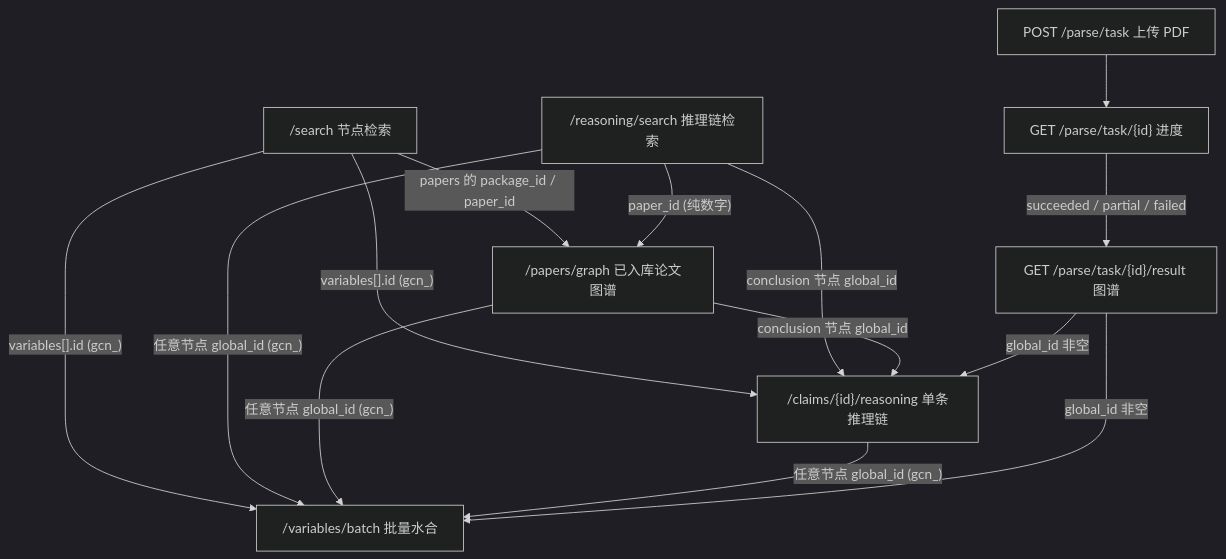
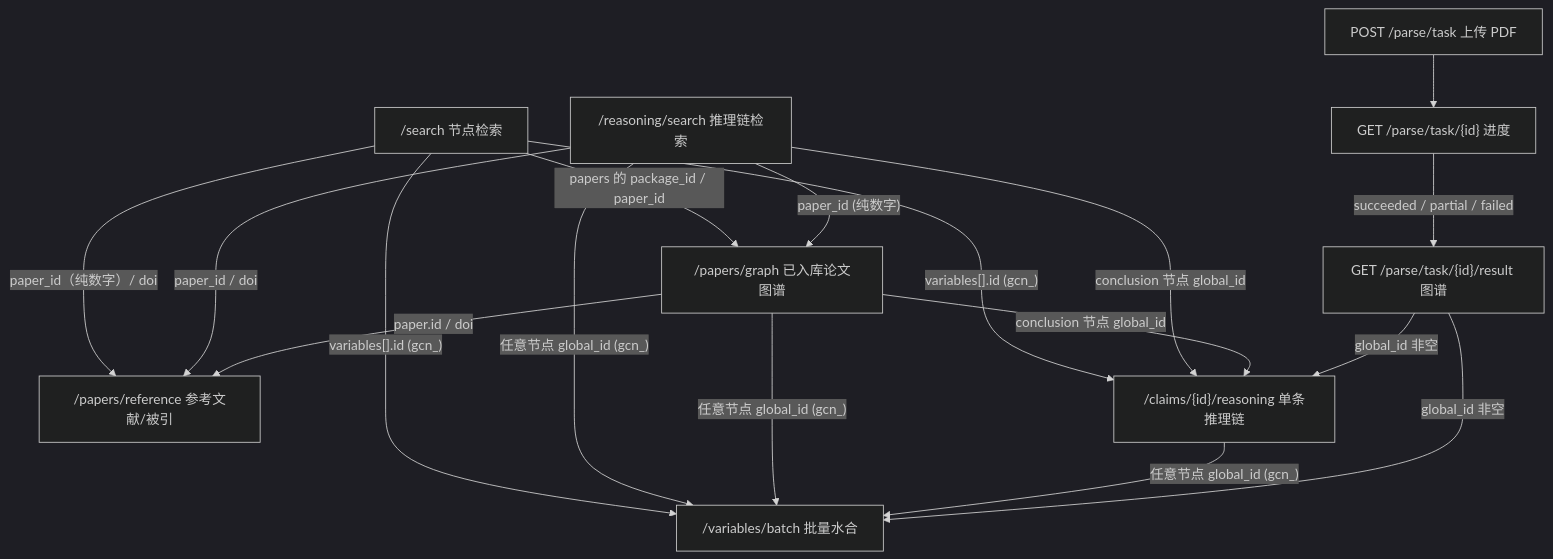
Before and after one commit to dptech-corp/bohrium-skills: the diagram in zh/bohrium-lkm/SKILL.md, drawn with Mermaid (dark theme). The commit also changed other lines of this file and 4 other files, not shown here.

````diff
--- a/zh/bohrium-lkm/SKILL.md
+++ b/zh/bohrium-lkm/SKILL.md
@@ -57,25 +59,29 @@
 ```mermaid
 flowchart TD
     search["/search 节点检索"]
     rsearch["/reasoning/search 推理链检索"]
     pgraph["/papers/graph 已入库论文图谱"]
+    pref["/papers/reference 参考文献/被引"]
     creason["/claims/{id}/reasoning 单条推理链"]
     batch["/variables/batch 批量水合"]
     parse["POST /parse/task 上传 PDF"]
     pstatus["GET /parse/task/{id} 进度"]
     presult["GET /parse/task/{id}/result 图谱"]
 
     search -->|"variables[].id (gcn_)"| creason
     search -->|"variables[].id (gcn_)"| batch
     search -->|"papers 的 package_id / paper_id"| pgraph
+    search -->|"paper_id（纯数字）/ doi"| pref
     rsearch -->|"conclusion 节点 global_id"| creason
     rsearch -->|"任意节点 global_id (gcn_)"| batch
     rsearch -->|"paper_id (纯数字)"| pgraph
+    rsearch -->|"paper_id / doi"| pref
     pgraph -->|"conclusion 节点 global_id"| creason
+    pgraph -->|"paper.id / doi"| pref
     pgraph -->|"任意节点 global_id (gcn_)"| batch
     creason -->|"任意节点 global_id (gcn_)"| batch
     parse --> pstatus
     pstatus -->|"succeeded / partial / failed"| presult
     presult -->|"global_id 非空"| creason
     presult -->|"global_id 非空"| batch
 ```
````
